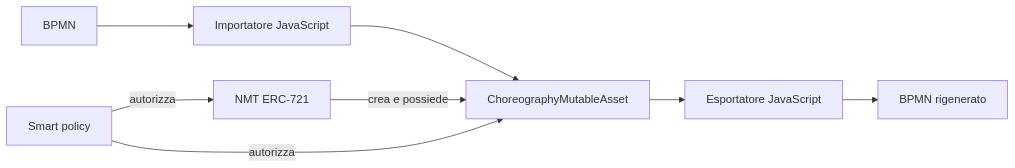
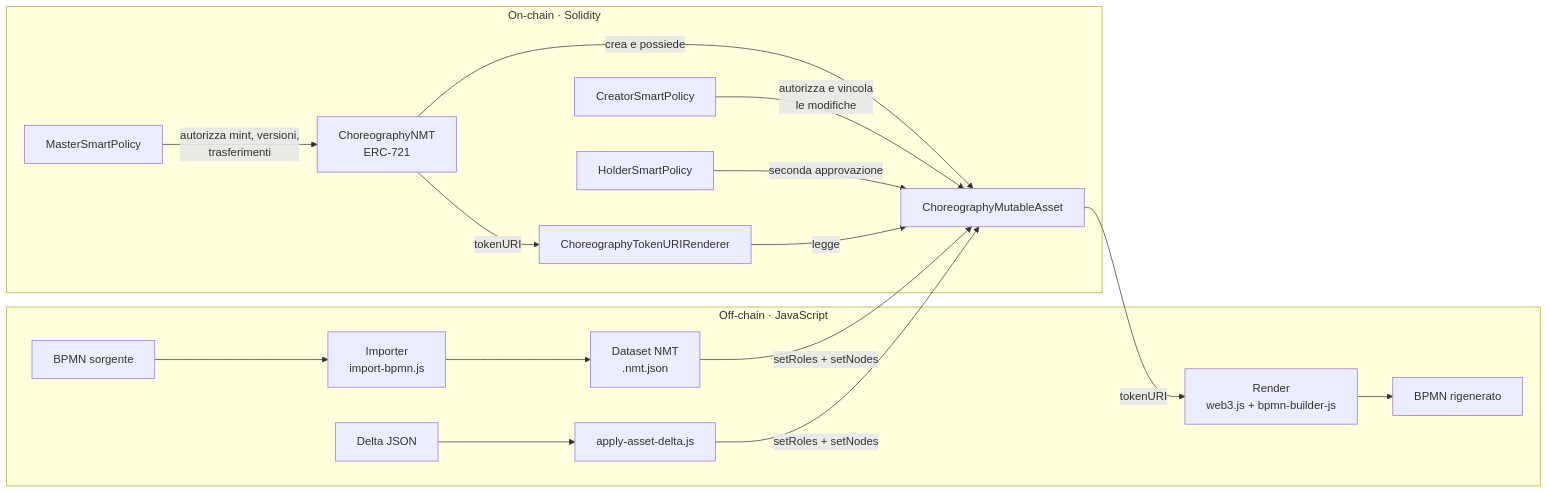
One commit to d0na/ChorNMT changed the first of 3 diagrams in docs/architettura.md. Above: the diagram before and after it, drawn with Mermaid. The commit also changed other lines of this file and 2 other files, not shown here.

First line of the commit message:
docs: describe architecture internals and the rendering pipeline

````diff
--- a/docs/architettura.md
+++ b/docs/architettura.md
@@ -5,10 +9,20 @@
 ```mermaid
 flowchart LR
-  B[BPMN] --> I[Importatore JavaScript]
-  I --> C[ChoreographyMutableAsset]
-  C --> E[Esportatore JavaScript]
-  E --> G[BPMN rigenerato]
-  N[NMT ERC-721] -->|crea e possiede| C
-  P[Smart policy] -->|autorizza| N
-  P -->|autorizza| C
+  subgraph offchain[Off-chain · JavaScript]
+    B[BPMN sorgente] --> I[Importer<br/>import-bpmn.js]
+    I --> D[Dataset NMT<br/>.nmt.json]
+    DL[Delta JSON] --> A[apply-asset-delta.js]
+    R[Render<br/>web3.js + bpmn-builder-js] --> X[BPMN rigenerato]
+  end
+  subgraph onchain[On-chain · Solidity]
+    NMT[ChoreographyNMT<br/>ERC-721] -->|crea e possiede| CMA[ChoreographyMutableAsset]
+    MP[MasterSmartPolicy] -->|autorizza mint, versioni,<br/>trasferimenti| NMT
+    CP[CreatorSmartPolicy] -->|autorizza e vincola<br/>le modifiche| CMA
+    HP[HolderSmartPolicy] -->|seconda approvazione| CMA
+    TR[ChoreographyTokenURIRenderer] -->|legge| CMA
+    NMT -->|tokenURI| TR
+  end
+  D -->|setRoles + setNodes| CMA
+  A -->|setRoles + setNodes| CMA
+  CMA -->|tokenURI| R
 ```
````
